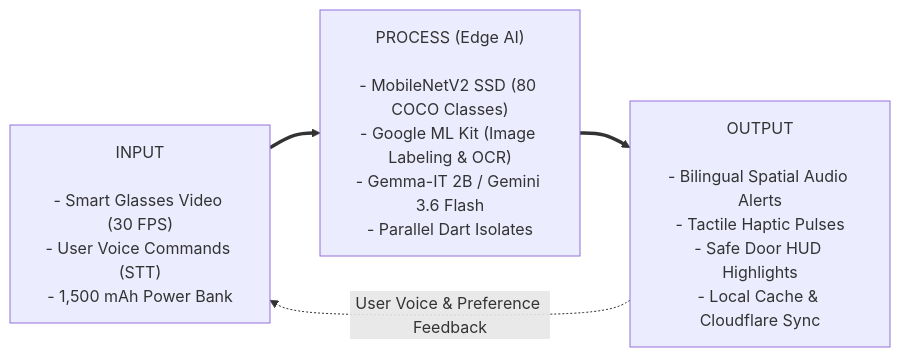
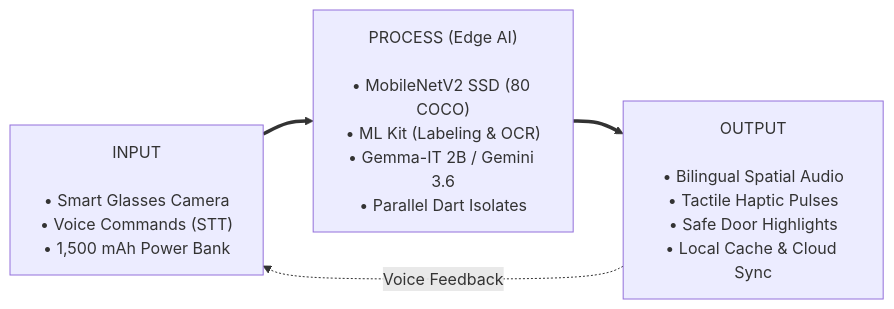
One commit to Thes-IS-IT/Easylens changed the first of 4 diagrams in docs/architecture/conceptual_framework.md. Above: the diagram before and after it, drawn with Mermaid. The commit also changed other lines of this file, not shown here.

Commit message:
docs: fix Mermaid text truncation with explicit line breaks and remove 30 FPS from input

````diff
--- a/docs/architecture/conceptual_framework.md
+++ b/docs/architecture/conceptual_framework.md
@@ -35,10 +35,10 @@
 ```mermaid
 flowchart LR
-    INPUT["INPUT\n\n- Smart Glasses Video (30 FPS)\n- User Voice Commands (STT)\n- 1,500 mAh Power Bank"] 
+    INPUT["INPUT<br/><br/>• Smart Glasses Camera<br/>• Voice Commands (STT)<br/>• 1,500 mAh Power Bank"] 
     ==> 
-    PROCESS["PROCESS (Edge AI)\n\n- MobileNetV2 SSD (80 COCO Classes)\n- Google ML Kit (Image Labeling & OCR)\n- Gemma-IT 2B / Gemini 3.6 Flash\n- Parallel Dart Isolates"] 
+    PROCESS["PROCESS (Edge AI)<br/><br/>• MobileNetV2 SSD (80 COCO)<br/>• ML Kit (Labeling & OCR)<br/>• Gemma-IT 2B / Gemini 3.6<br/>• Parallel Dart Isolates"] 
     ==> 
-    OUTPUT["OUTPUT\n\n- Bilingual Spatial Audio Alerts\n- Tactile Haptic Pulses\n- Safe Door HUD Highlights\n- Local Cache & Cloudflare Sync"]
+    OUTPUT["OUTPUT<br/><br/>• Bilingual Spatial Audio<br/>• Tactile Haptic Pulses<br/>• Safe Door Highlights<br/>• Local Cache & Cloud Sync"]
 
-    OUTPUT -.->|"User Voice & Preference Feedback"| INPUT
+    OUTPUT -.->|"Voice Feedback"| INPUT
 ```
````
